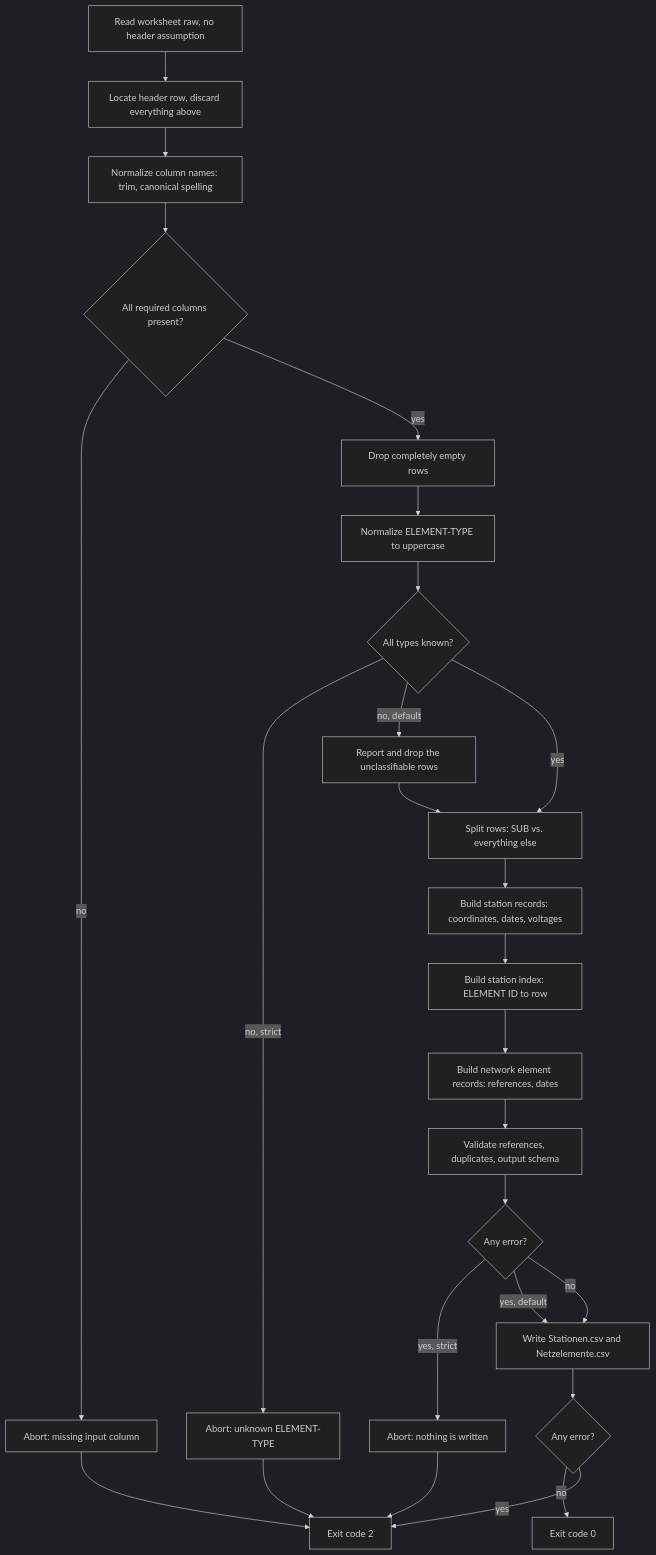
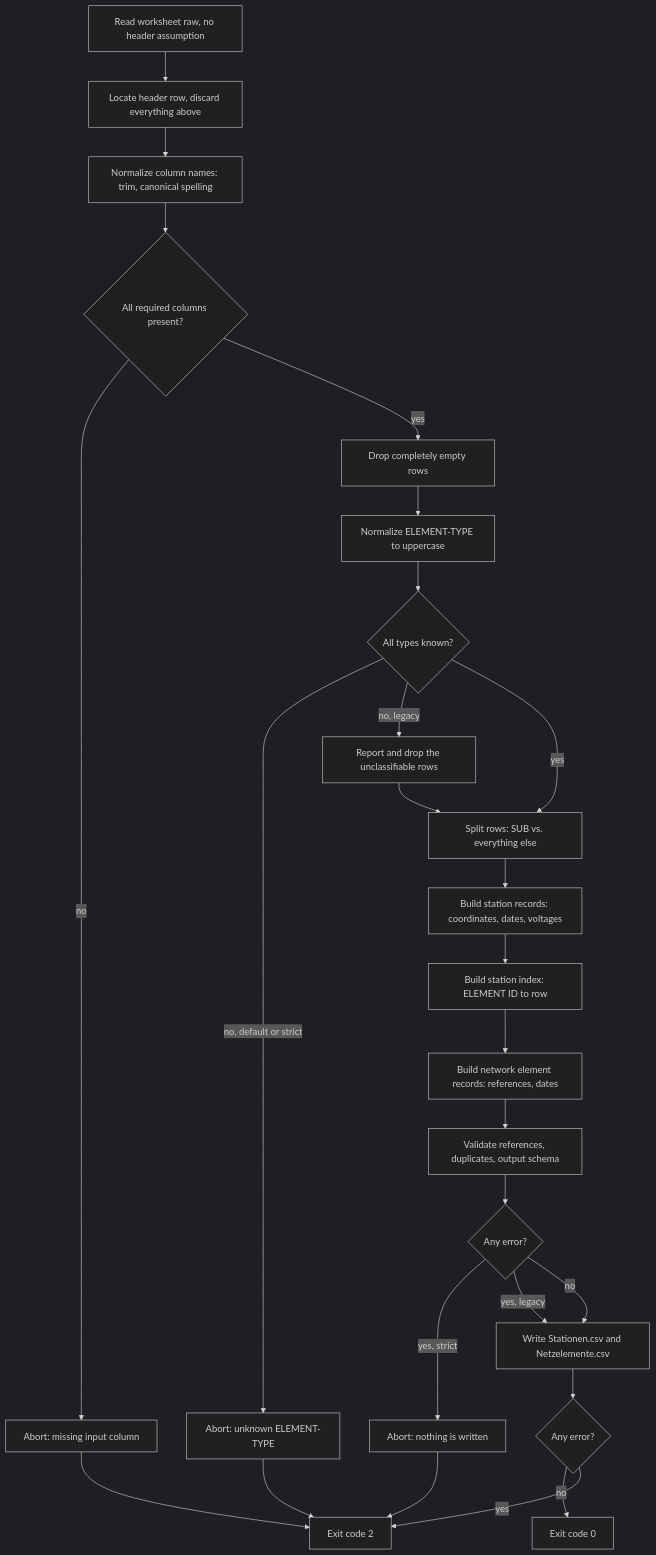
One commit to hadiibrahim-Engin/parser changed the first of 7 diagrams in README.md. Above: the diagram before and after it, drawn with Mermaid (dark theme). The commit also changed other lines of this file and 14 other files, not shown here.

````diff
--- a/README.md
+++ b/README.md
@@ -114,28 +126,28 @@
 ```mermaid
 flowchart TD
     A["Read worksheet raw, no header assumption"] --> B["Locate header row, discard everything above"]
     B --> C["Normalize column names: trim, canonical spelling"]
     C --> D{"All required columns present?"}
     D -->|no| X["Abort: missing input column"]
     D -->|yes| E["Drop completely empty rows"]
     E --> F["Normalize ELEMENT-TYPE to uppercase"]
     F --> G{"All types known?"}
-    G -->|no, strict| X2["Abort: unknown ELEMENT-TYPE"]
-    G -->|no, default| G2["Report and drop the unclassifiable rows"]
+    G -->|no, default or strict| X2["Abort: unknown ELEMENT-TYPE"]
+    G -->|no, legacy| G2["Report and drop the unclassifiable rows"]
     G2 --> H["Split rows: SUB vs. everything else"]
     G -->|yes| H
     H --> I["Build station records: coordinates, dates, voltages"]
     I --> J["Build station index: ELEMENT ID to row"]
     J --> K["Build network element records: references, dates"]
     K --> L["Validate references, duplicates, output schema"]
     L --> M{"Any error?"}
     M -->|yes, strict| X3["Abort: nothing is written"]
-    M -->|yes, default| N["Write Stationen.csv and Netzelemente.csv"]
+    M -->|yes, legacy| N["Write Stationen.csv and Netzelemente.csv"]
     M -->|no| N
     N --> P{"Any error?"}
     P -->|no| O["Exit code 0"]
     P -->|yes| Y["Exit code 2"]
     X --> Y
     X2 --> Y
     X3 --> Y
 ```
````
